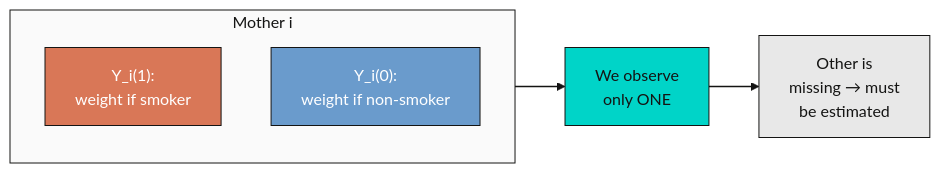
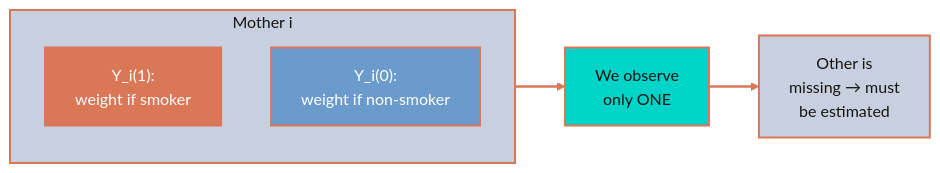
One commit to cmg777/starter-academic-v501 changed the second of 4 diagrams in content/post/stata_matching/index.md. Above: the diagram before and after it, drawn with Mermaid (forest theme). The commit also changed other lines of this file, not shown here.

First line of the commit message:
Correct NNM family classification and harden Mermaid colors for both themes

````diff
--- a/content/post/stata_matching/index.md
+++ b/content/post/stata_matching/index.md
@@ -121,15 +121,15 @@
 ```mermaid
 flowchart LR
     subgraph M["Mother i"]
         Y1["Y_i(1):<br/>weight if smoker"]
         Y0["Y_i(0):<br/>weight if non-smoker"]
     end
     M --> O["We observe<br/>only ONE"]
     O --> Q["Other is<br/>missing → must<br/>be estimated"]
-    style Y1 fill:#d97757,stroke:#141413,color:#fff
-    style Y0 fill:#6a9bcc,stroke:#141413,color:#fff
-    style M fill:#fafafa,stroke:#141413,color:#141413
-    style O fill:#00d4c8,stroke:#141413,color:#141413
-    style Q fill:#e8e8e8,stroke:#141413,color:#141413
-    linkStyle 0,1 stroke:#141413,stroke-width:1.5px
+    style Y1 fill:#d97757,stroke:#d97757,stroke-width:2px,color:#fff
+    style Y0 fill:#6a9bcc,stroke:#d97757,stroke-width:2px,color:#fff
+    style M fill:#c8d0e0,stroke:#d97757,stroke-width:2px,color:#141413
+    style O fill:#00d4c8,stroke:#d97757,stroke-width:2px,color:#141413
+    style Q fill:#c8d0e0,stroke:#d97757,stroke-width:2px,color:#141413
+    linkStyle 0,1 stroke:#d97757,stroke-width:2.5px
 ```
````
